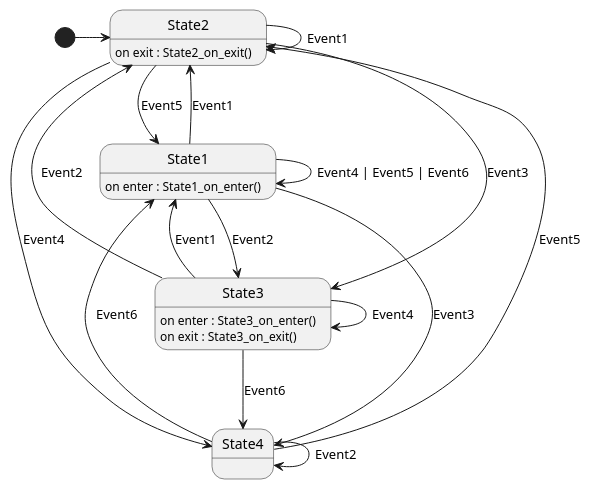
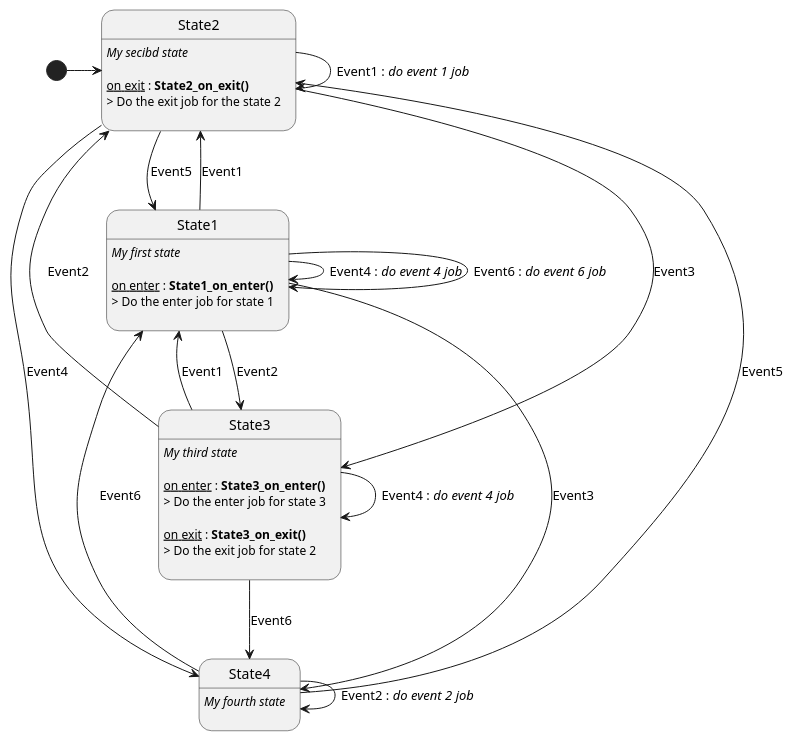
The diagram in generator/output/machine_example.plantuml (technosvitman/statemachine), drawn with PlantUML before and after one commit. The commit also changed 3 other files, not shown here.

```diff
--- a/generator/output/machine_example.plantuml
+++ b/generator/output/machine_example.plantuml
@@ -2,32 +2,45 @@
 @startuml
 
 [*] -> State2
 
-State1 : on enter : State1_on_enter()
+State1 : //My first state//\n
+State1 : __on enter__ : **State1_on_enter()**
+State1 : > Do the enter job for state 1\n
 State1 --> State2 : Event1
 State1 --> State3 : Event2
 State1 --> State4 : Event3
-State1 --> State1 : Event4 | Event5 | Event6
+State1 --> State1 : Event4 : //do event 4 job//
+State1 --> State1 : Event6 : //do event 6 job//
 
 
-State2 : on exit : State2_on_exit()
+
+State2 : //My secibd state//\n
+State2 : __on exit__ : **State2_on_exit()**
+State2 : > Do the exit job for the state 2\n
 State2 --> State3 : Event3
 State2 --> State4 : Event4
 State2 --> State1 : Event5
-State2 --> State2 : Event1
+State2 --> State2 : Event1 : //do event 1 job//
 
 
-State3 : on enter : State3_on_enter()
-State3 : on exit : State3_on_exit()
+
+State3 : //My third state//\n
+State3 : __on enter__ : **State3_on_enter()**
+State3 : > Do the enter job for state 3\n
+State3 : __on exit__ : **State3_on_exit()**
+State3 : > Do the exit job for state 2\n
 State3 --> State4 : Event6
 State3 --> State2 : Event2
 State3 --> State1 : Event1
-State3 --> State3 : Event4
+State3 --> State3 : Event4 : //do event 4 job//
 
 
+
+State4 : //My fourth state//\n
 State4 --> State1 : Event6
 State4 --> State2 : Event5
-State4 --> State4 : Event2
+State4 --> State4 : Event2 : //do event 2 job//
+
 
 
 @enduml
```
